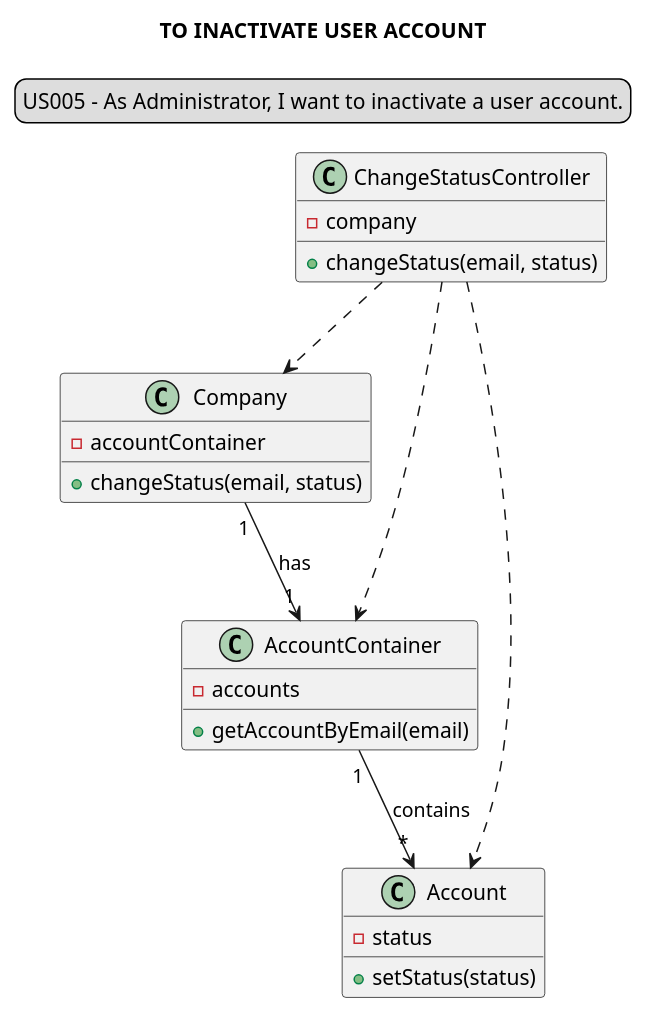
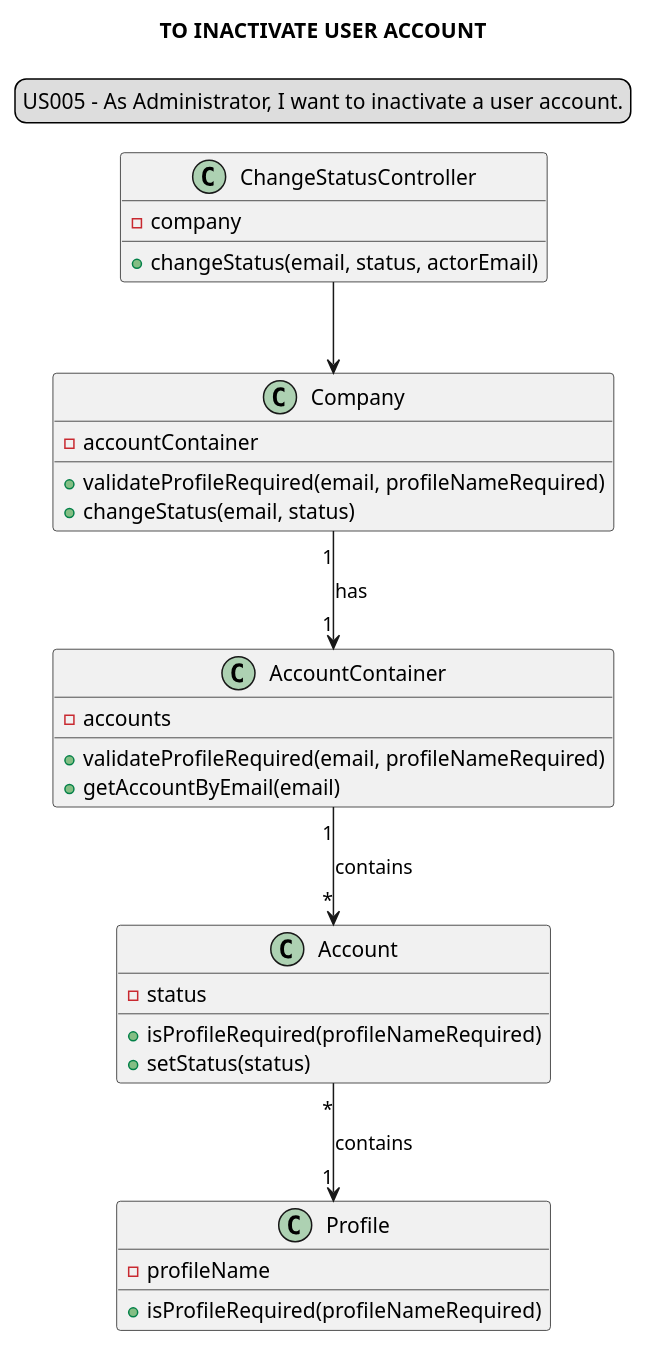
The diagram in docs/modelling_design/user_stories/sprint01/us005/US005_classDiagram.puml (Loracline/project_switch_22-23), drawn with PlantUML before and after one commit. The commit also changed 25 other files, not shown here.

Commit message:
US001,002,003,004,005,006,007,008,009,011_012_013, 014, 015, 016: Design : refinement of class Diagram

```diff
--- a/docs/modelling_design/user_stories/sprint01/us005/US005_classDiagram.puml
+++ b/docs/modelling_design/user_stories/sprint01/us005/US005_classDiagram.puml
@@ -1,35 +1,44 @@
 @startuml
 
 legend top
 US005 - As Administrator, I want to inactivate a user account.
 end legend
 skinparam sequenceMessageAlign center
 title TO INACTIVATE USER ACCOUNT
 
-"ChangeStatusController"  ..> "Company"
-"ChangeStatusController" ..> "AccountContainer"
-"ChangeStatusController" ..> "Account"
-"Company" "1"-->"1" "AccountContainer": has
-"AccountContainer" "1"-->"*" "Account": contains
 
 class "ChangeStatusController" {
 -company
-+changeStatus(email, status)
++changeStatus(email, status, actorEmail)
 }
 
 class "Company" {
 -accountContainer
++validateProfileRequired(email, profileNameRequired)
 +changeStatus(email, status)
 }
 
 class "AccountContainer" {
 -accounts
++validateProfileRequired(email, profileNameRequired)
 +getAccountByEmail(email)
 }
 
 class "Account" {
 -status
-+setStatus(status)
++ isProfileRequired(profileNameRequired)
++ setStatus(status)
+}
+class "Profile"{
+-profileName
++isProfileRequired(profileNameRequired)
 }
 
+
+"ChangeStatusController" --> "Company"
+"Company" "1"-->"1" "AccountContainer": has
+"AccountContainer" "1"-->"*" "Account": contains
+"Account" "*"--> "1""Profile": contains
+
+
 @enduml
```
